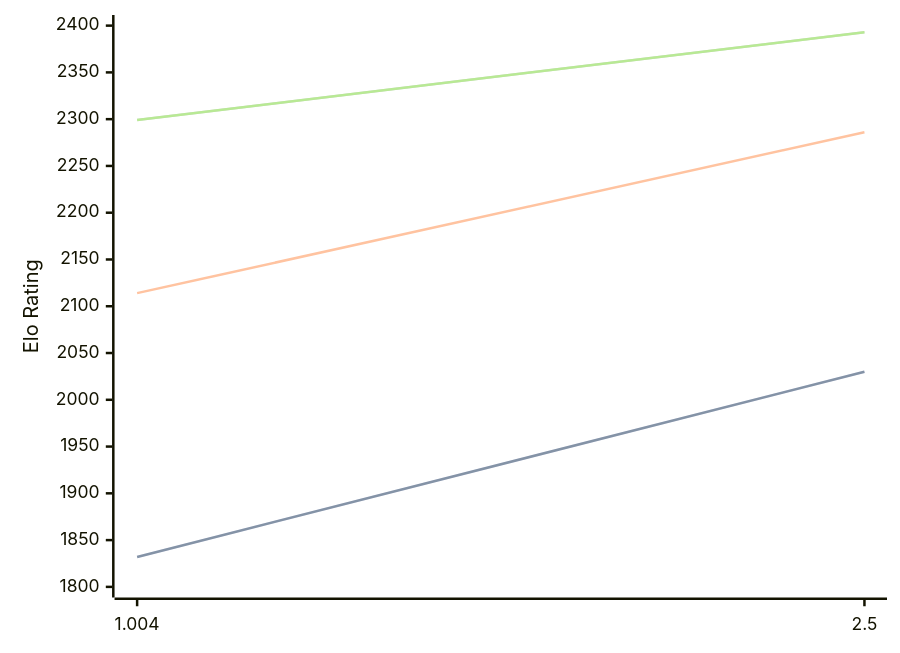
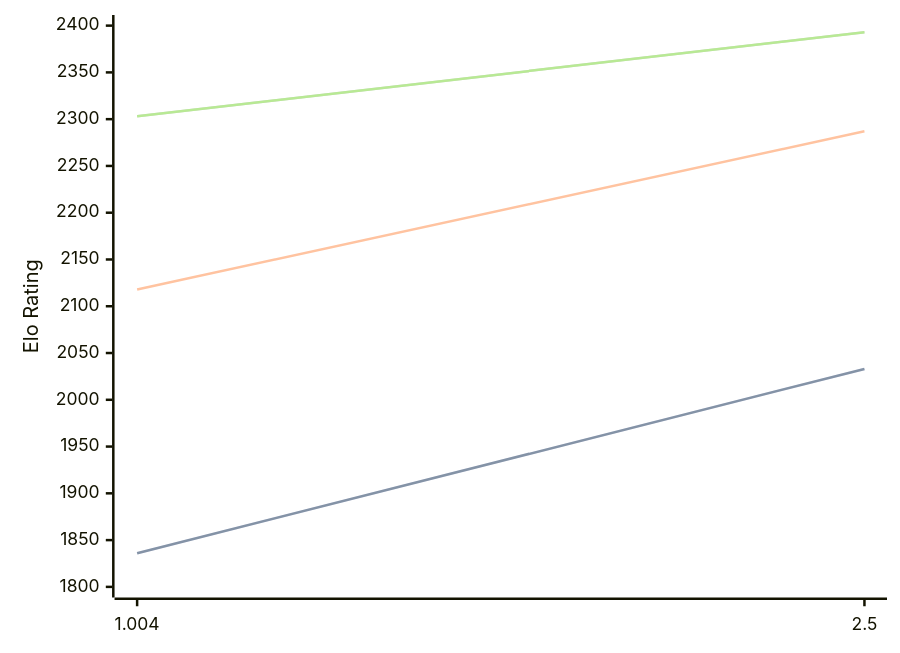
One commit to computer-chess-index/cci changed the diagram in engines/Ares.md. Above: the diagram before and after it, drawn with Mermaid. The commit also changed other lines of this file, not shown here.

Commit message:
Update CCI Ratings (ELO VLTC) - 2026-02-24

````diff
--- a/engines/Ares.md
+++ b/engines/Ares.md
@@ -29,11 +29,11 @@
 ```mermaid
 %%{init: {"theme":"base","themeVariables":{"seriesColors:['#a3a3a3','#222221','#faa371']}}}%%
 xychart-beta
   x-axis ["1.004", "2.5"]
   y-axis "Elo Rating" 1800 --> 2400
-  line "STC (8.0+0.08s)" [1832, 2030]
-  line "STC (8.0+0.08s)" [1832, 2030]
-  line "LTC (60.0+0.60s)" [2114, 2286]
-  line "VLTC (2m24s+1.12s)" [2299, 2393]
-  line "VLTC (2m24s+1.12s)" [2299, 2393]
+  line "STC (8.0+0.08s)" [1836, 2033]
+  line "STC (8.0+0.08s)" [1836, 2033]
+  line "LTC (60.0+0.60s)" [2118, 2287]
+  line "VLTC (2m24s+1.12s)" [2303, 2393]
+  line "VLTC (2m24s+1.12s)" [2303, 2393]
 ```
````
